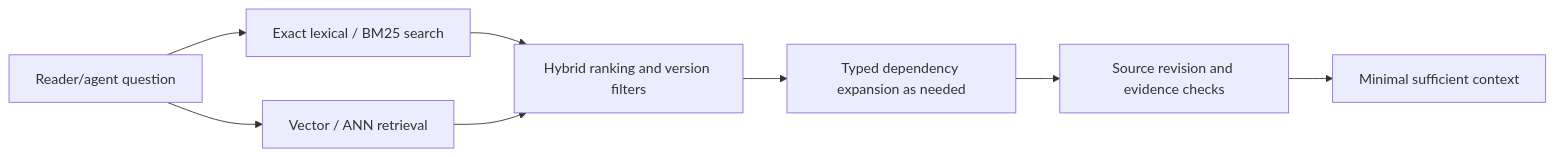
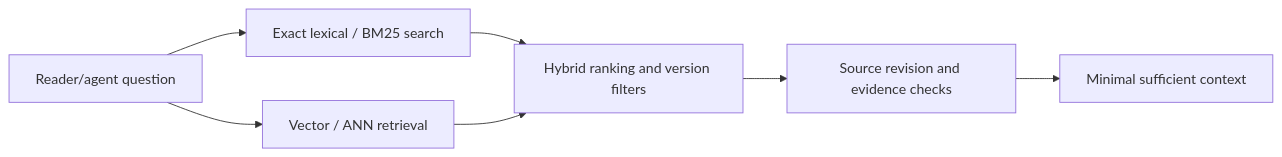
The diagram in book/search/README.md (rouslanbaranov/tycho), drawn with Mermaid before and after one commit. The commit also changed other lines of this file, not shown here.

Commit message:
docs(book): link final missing-topic drafts and clarify graph exclusion

````diff
--- a/book/search/README.md
+++ b/book/search/README.md
@@ -11,10 +11,9 @@
 ```mermaid
 flowchart LR
     Q["Reader/agent question"] --> Lex["Exact lexical / BM25 search"]
     Q --> Dense["Vector / ANN retrieval"]
     Lex --> Fuse["Hybrid ranking and version filters"]
     Dense --> Fuse
-    Fuse --> Graph["Typed dependency expansion as needed"]
-    Graph --> Evidence["Source revision and evidence checks"]
+    Fuse --> Evidence["Source revision and evidence checks"]
     Evidence --> Answer["Minimal sufficient context"]
 ```
````
